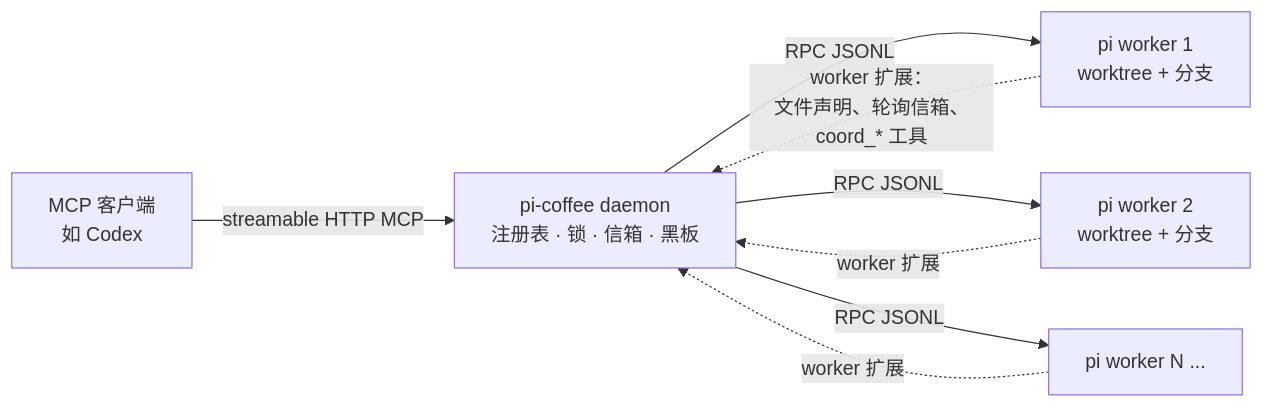
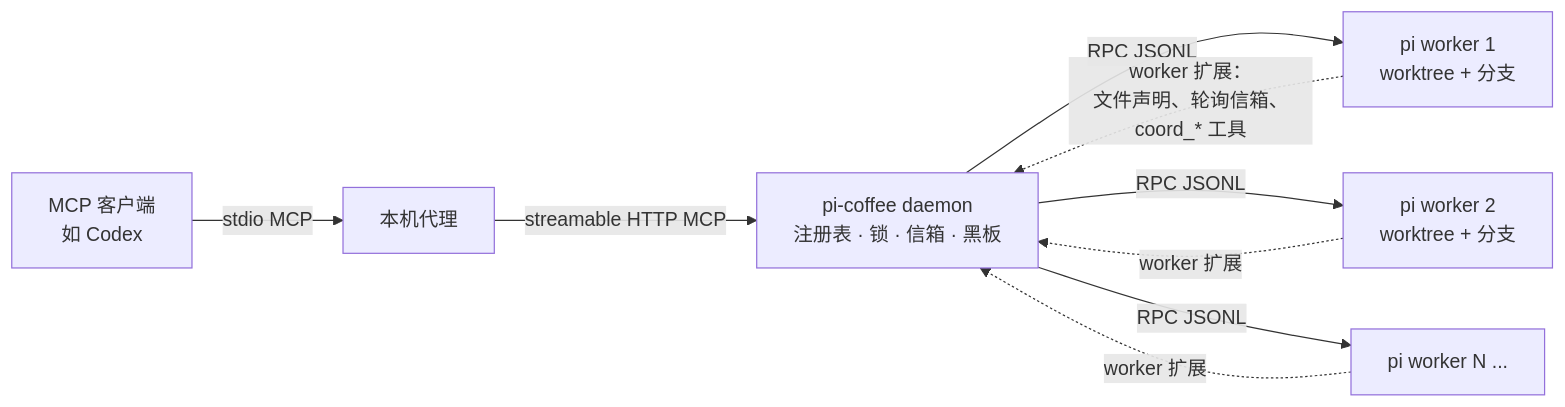
The second of 2 diagrams in README.zh-CN.md (lucasjingcn/pi-coffee), drawn with Mermaid before and after one commit. The commit also changed other lines of this file and 2 other files, not shown here.

````diff
--- a/README.zh-CN.md
+++ b/README.zh-CN.md
@@ -109,10 +109,11 @@
 ```mermaid
 flowchart LR
-    Codex[MCP 客户端<br/>如 Codex] -- "streamable HTTP MCP" --> Daemon[pi-coffee daemon<br/>注册表 · 锁 · 信箱 · 黑板]
+    Codex[MCP 客户端<br/>如 Codex] -- "stdio MCP" --> Proxy[本机代理]
+    Proxy -- "streamable HTTP MCP" --> Daemon[pi-coffee daemon<br/>注册表 · 锁 · 信箱 · 黑板]
     Daemon -- "RPC JSONL" --> W1[pi worker 1<br/>worktree + 分支]
     Daemon -- "RPC JSONL" --> W2[pi worker 2<br/>worktree + 分支]
     Daemon -- "RPC JSONL" --> WN[pi worker N ...]
     W1 -. "worker 扩展：<br/>文件声明、轮询信箱、coord_* 工具" .-> Daemon
     W2 -. "worker 扩展" .-> Daemon
     WN -. "worker 扩展" .-> Daemon
 ```
````
